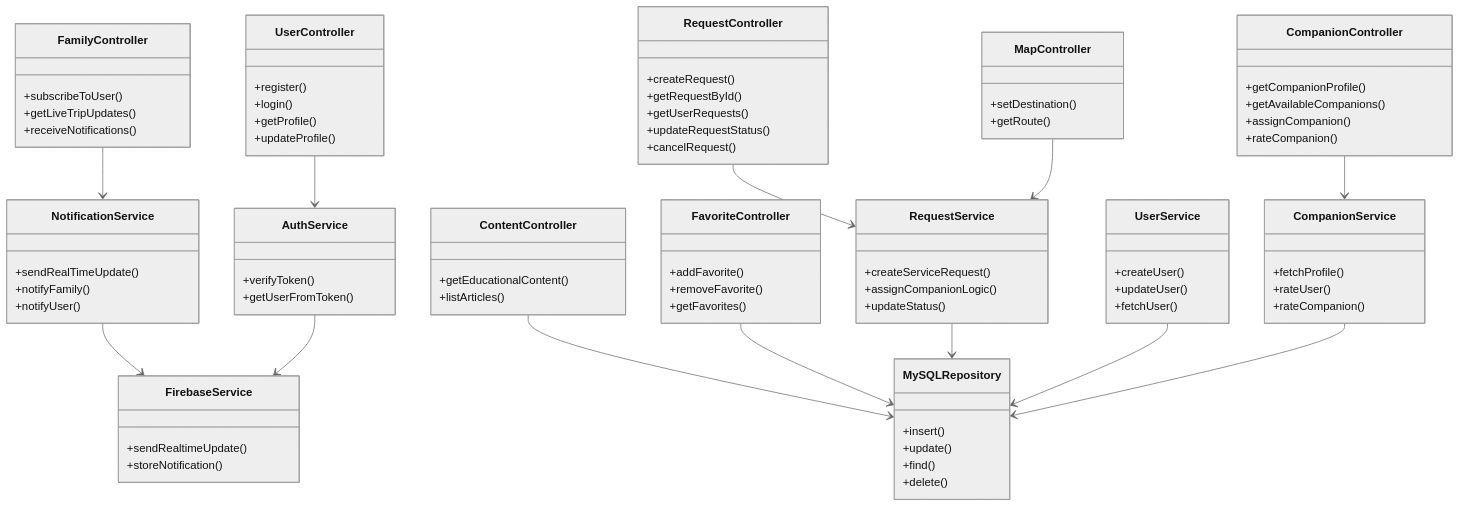
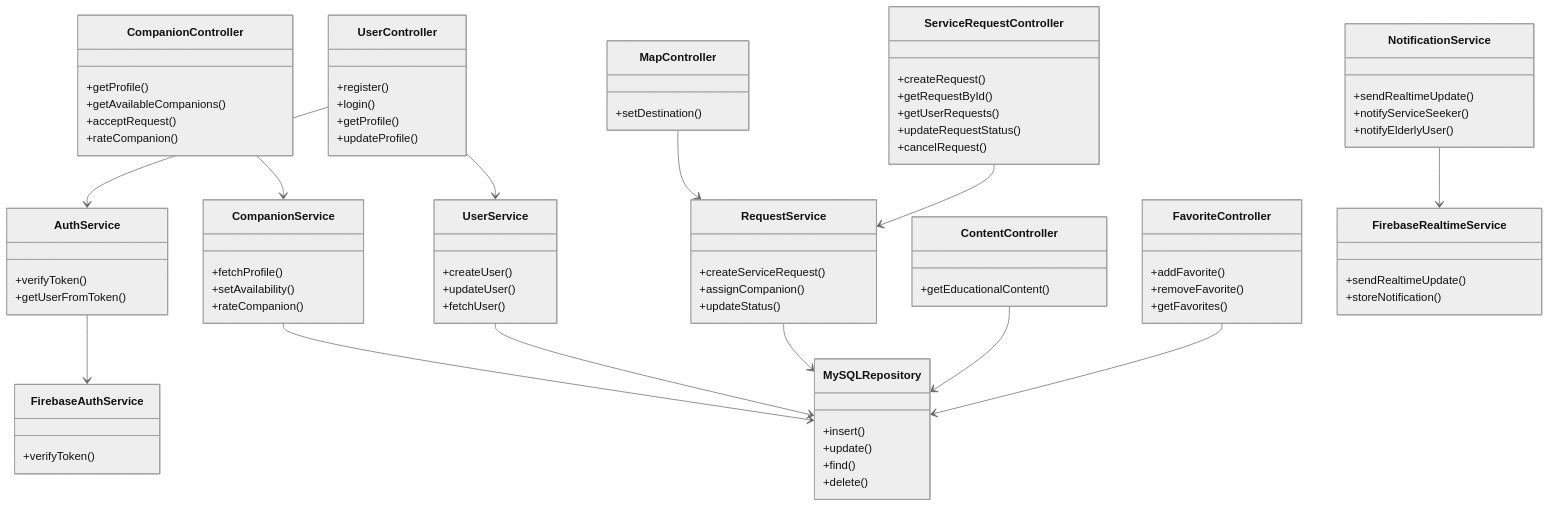
One commit to aziz5g-tech/holbertonschool-portfolio-project changed the diagram in Stage 3/Backend Class Diagram.md. Above: the diagram before and after it, drawn with Mermaid (neutral theme).

Commit message:
Revise Backend Class Diagram with updated controllers
Updated class diagram to reflect changes in controllers and services, including renaming and restructuring. Removed unused controllers and adjusted relationships accordingly.

````diff
--- a/Stage 3/Backend Class Diagram.md
+++ b/Stage 3/Backend Class Diagram.md
@@ -1,5 +1,9 @@
 ```mermaid
 classDiagram
+
+%% =====================
+%% Controllers Layer
+%% =====================
 
 class UserController {
   +register()
@@ -8,7 +12,7 @@
   +updateProfile()
 }
 
-class RequestController {
+class ServiceRequestController {
   +createRequest()
   +getRequestById()
   +getUserRequests()
@@ -17,26 +21,18 @@
 }
 
 class CompanionController {
-  +getCompanionProfile()
+  +getProfile()
   +getAvailableCompanions()
-  +assignCompanion()
+  +acceptRequest()
   +rateCompanion()
-}
-
-class FamilyController {
-  +subscribeToUser()
-  +getLiveTripUpdates()
-  +receiveNotifications()
 }
 
 class MapController {
   +setDestination()
-  +getRoute()
 }
 
 class ContentController {
   +getEducationalContent()
-  +listArticles()
 }
 
 class FavoriteController {
@@ -45,11 +41,9 @@
   +getFavorites()
 }
 
-class NotificationService {
-  +sendRealTimeUpdate()
-  +notifyFamily()
-  +notifyUser()
-}
+%% =====================
+%% Services Layer
+%% =====================
 
 class AuthService {
   +verifyToken()
@@ -58,14 +52,20 @@
 
 class RequestService {
   +createServiceRequest()
-  +assignCompanionLogic()
+  +assignCompanion()
   +updateStatus()
 }
 
 class CompanionService {
   +fetchProfile()
-  +rateUser()
+  +setAvailability()
   +rateCompanion()
+}
+
+class NotificationService {
+  +sendRealtimeUpdate()
+  +notifyServiceSeeker()
+  +notifyElderlyUser()
 }
 
 class UserService {
@@ -74,6 +74,10 @@
   +fetchUser()
 }
 
+%% =====================
+%% Data Layer
+%% =====================
+
 class MySQLRepository {
   +insert()
   +update()
@@ -81,23 +85,32 @@
   +delete()
 }
 
-class FirebaseService {
+class FirebaseAuthService {
+  +verifyToken()
+}
+
+class FirebaseRealtimeService {
   +sendRealtimeUpdate()
   +storeNotification()
 }
 
+%% =====================
+%% Relationships
+%% =====================
+
 UserController --> AuthService
-RequestController --> RequestService
+UserController --> UserService
+
+ServiceRequestController --> RequestService
 CompanionController --> CompanionService
-FamilyController --> NotificationService
 MapController --> RequestService
+FavoriteController --> MySQLRepository
 ContentController --> MySQLRepository
-FavoriteController --> MySQLRepository
 
 RequestService --> MySQLRepository
 UserService --> MySQLRepository
 CompanionService --> MySQLRepository
 
-NotificationService --> FirebaseService
-AuthService --> FirebaseService
+AuthService --> FirebaseAuthService
+NotificationService --> FirebaseRealtimeService
 ```
````
